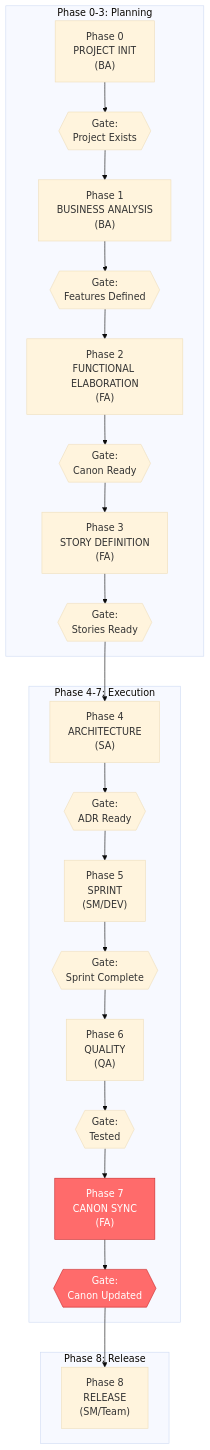
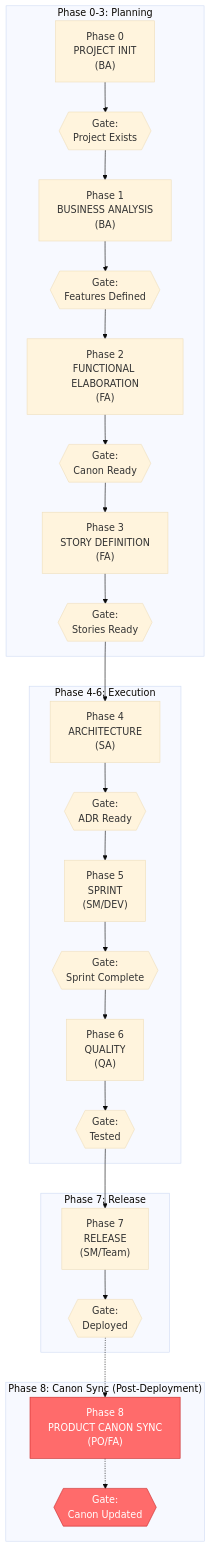
One commit to Pieter2406/TeamSpec-V2 changed the first of 3 diagrams in README.md. Above: the diagram before and after it, drawn with Mermaid (base theme). The commit also changed other lines of this file and 2 other files, not shown here.

Commit message:
Fix Canon Sync workflow to occur after deployment, not before release

````diff
--- a/README.md
+++ b/README.md
@@ -341,30 +341,34 @@
 ```mermaid
 flowchart TD
     subgraph "Phase 0-3: Planning"
         P0["Phase 0<br/>PROJECT INIT<br/>(BA)"] --> G0{{"Gate:<br/>Project Exists"}}
         G0 --> P1["Phase 1<br/>BUSINESS ANALYSIS<br/>(BA)"]
         P1 --> G1{{"Gate:<br/>Features Defined"}}
         G1 --> P2["Phase 2<br/>FUNCTIONAL ELABORATION<br/>(FA)"]
         P2 --> G2{{"Gate:<br/>Canon Ready"}}
         G2 --> P3["Phase 3<br/>STORY DEFINITION<br/>(FA)"]
         P3 --> G3{{"Gate:<br/>Stories Ready"}}
     end
     
-    subgraph "Phase 4-7: Execution"
+    subgraph "Phase 4-6: Execution"
         G3 --> P4["Phase 4<br/>ARCHITECTURE<br/>(SA)"]
         P4 --> G4{{"Gate:<br/>ADR Ready"}}
         G4 --> P5["Phase 5<br/>SPRINT<br/>(SM/DEV)"]
         P5 --> G5{{"Gate:<br/>Sprint Complete"}}
         G5 --> P6["Phase 6<br/>QUALITY<br/>(QA)"]
         P6 --> G6{{"Gate:<br/>Tested"}}
-        G6 --> P7["Phase 7<br/>CANON SYNC<br/>(FA)"]
-        P7 --> G7{{"Gate:<br/>Canon Updated"}}
     end
     
-    subgraph "Phase 8: Release"
-        G7 --> P8["Phase 8<br/>RELEASE<br/>(SM/Team)"]
+    subgraph "Phase 7: Release"
+        G6 --> P7["Phase 7<br/>RELEASE<br/>(SM/Team)"]
+        P7 --> G7{{"Gate:<br/>Deployed"}}
     end
 
-    style P7 fill:#ff6b6b,stroke:#c92a2a,color:#fff
-    style G7 fill:#ff6b6b,stroke:#c92a2a,color:#fff
+    subgraph "Phase 8: Canon Sync (Post-Deployment)"
+        G7 -.-> P8["Phase 8<br/>PRODUCT CANON SYNC<br/>(PO/FA)"]
+        P8 -.-> G8{{"Gate:<br/>Canon Updated"}}
+    end
+
+    style P8 fill:#ff6b6b,stroke:#c92a2a,color:#fff
+    style G8 fill:#ff6b6b,stroke:#c92a2a,color:#fff
 ```
````
